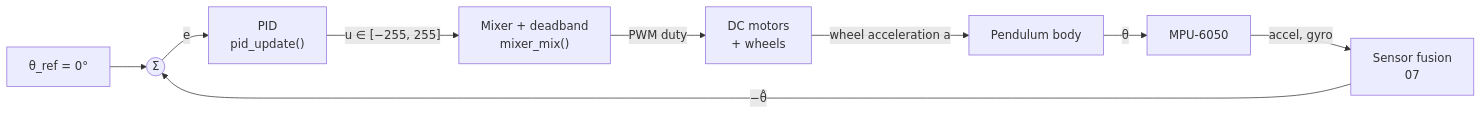
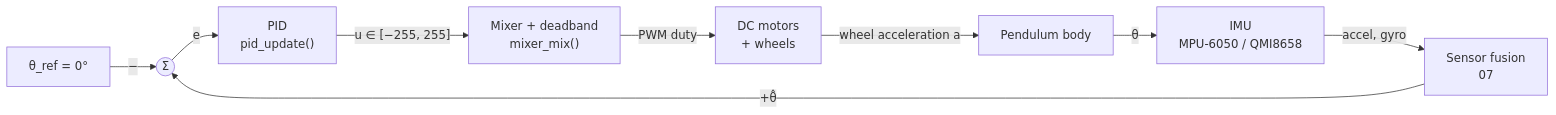
One commit to machadothi/balancing_robot changed the first of 2 diagrams in docs/06-control-theory.md. Above: the diagram before and after it, drawn with Mermaid. The commit also changed other lines of this file and 12 other files, not shown here.

````diff
--- a/docs/06-control-theory.md
+++ b/docs/06-control-theory.md
@@ -21,11 +21,11 @@
 ```mermaid
 flowchart LR
-    REF["θ_ref = 0°"] --> SUM(("Σ"))
+    REF["θ_ref = 0°"] -->|"−"| SUM(("Σ"))
     SUM -->|"e"| PID["PID<br/>pid_update()"]
     PID -->|"u ∈ [−255, 255]"| MIX["Mixer + deadband<br/>mixer_mix()"]
     MIX -->|"PWM duty"| MOT["DC motors<br/>+ wheels"]
     MOT -->|"wheel acceleration a"| BODY["Pendulum body"]
-    BODY -->|"θ"| IMU["MPU-6050"]
+    BODY -->|"θ"| IMU["IMU<br/>MPU-6050 / QMI8658"]
     IMU -->|"accel, gyro"| FUS["Sensor fusion<br/>07"]
-    FUS -->|"−θ̂"| SUM
+    FUS -->|"+θ̂"| SUM
 ```
````
